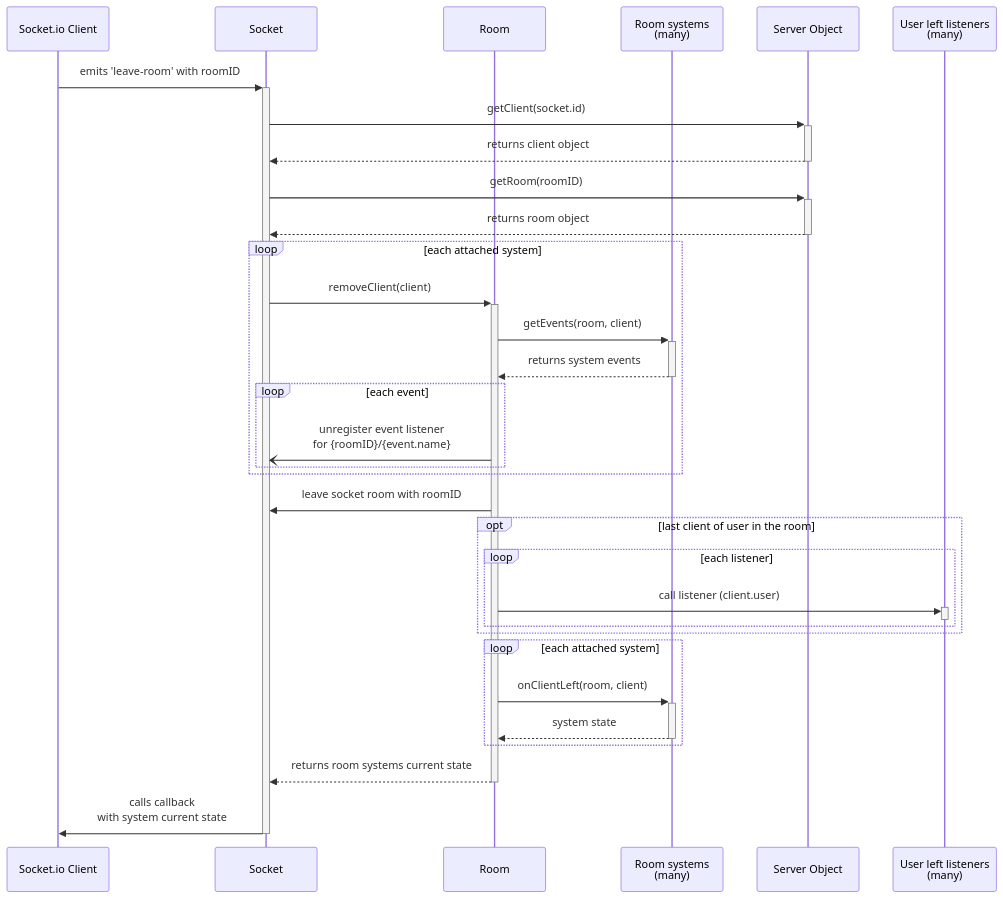
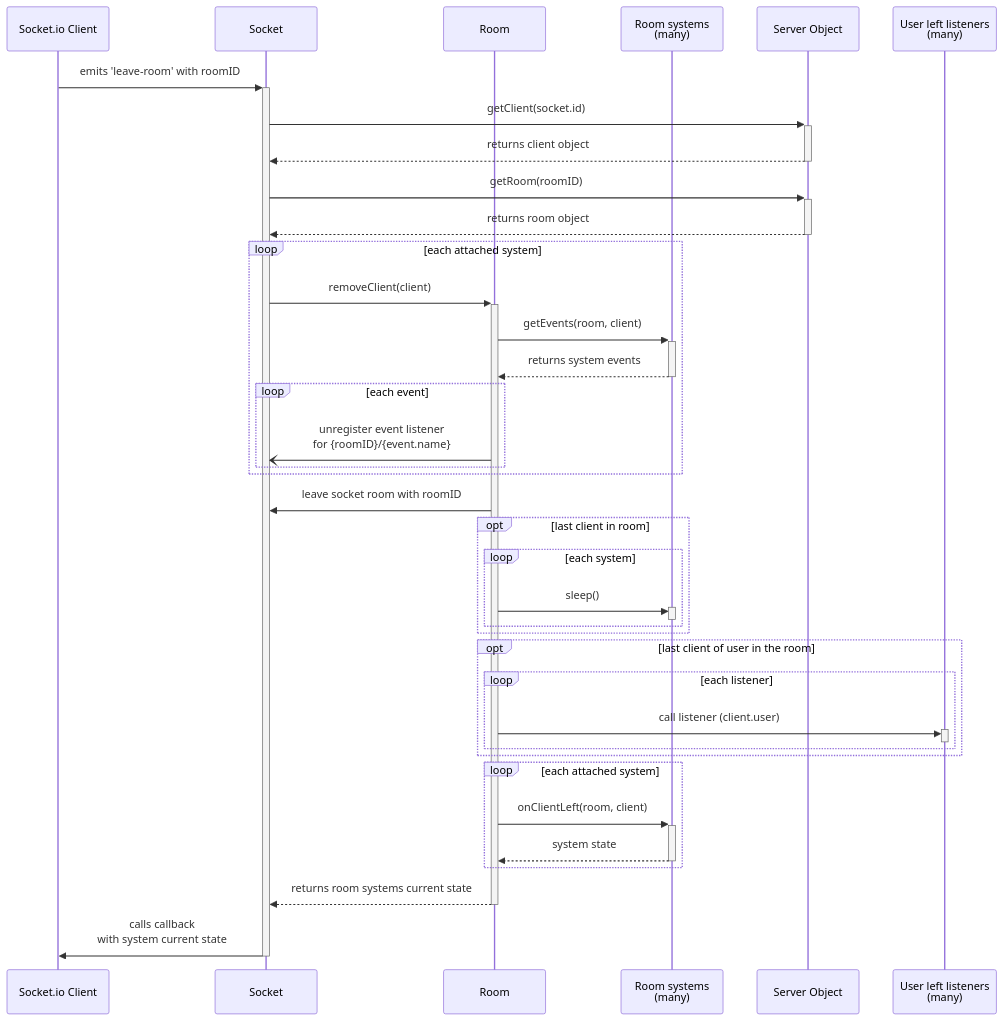
One commit to uc-group/bear-it-ws-server changed the diagram in docs/diagrams/leave_room.mmd. Above: the diagram before and after it, drawn with Mermaid. The commit also changed 15 other files, not shown here.

Commit message:
Added simple logger, system sleep/wake methods for cleanup, cancelling user joining when leaving the room

```diff
--- a/docs/diagrams/leave_room.mmd
+++ b/docs/diagrams/leave_room.mmd
@@ -1,42 +1,49 @@
 sequenceDiagram
 
   participant C as Socket.io Client
   participant S as Socket
   participant R as Room
   participant RS as Room systems<br>(many)
   participant Srv as Server Object
   participant L as User left listeners<br>(many)
 
   C ->> +S: emits 'leave-room' with roomID
   S ->> +Srv: getClient(socket.id)
   Srv -->> -S: returns client object
   S ->> +Srv: getRoom(roomID)
 
   Srv -->> -S: returns room object
 
   loop each attached system
     S ->> +R: removeClient(client)
     R ->> +RS: getEvents(room, client)
     RS -->> -R: returns system events
     loop each event
       R -) S: unregister event listener<br>for {roomID}/{event.name}
     end
   end
 
   R ->> S: leave socket room with roomID
 
+  opt last client in room
+    loop each system
+      R->>+RS: sleep()
+      deactivate RS
+    end
+  end
+
   opt last client of user in the room
     loop each listener
       R ->> +L: call listener (client.user)
       deactivate L
     end
   end
 
   loop each attached system
     R ->> +RS: onClientLeft(room, client)
     RS -->> -R: system state
   end
   
 
   R -->> -S: returns room systems current state
   S ->> -C: calls callback<br>with system current state
```
